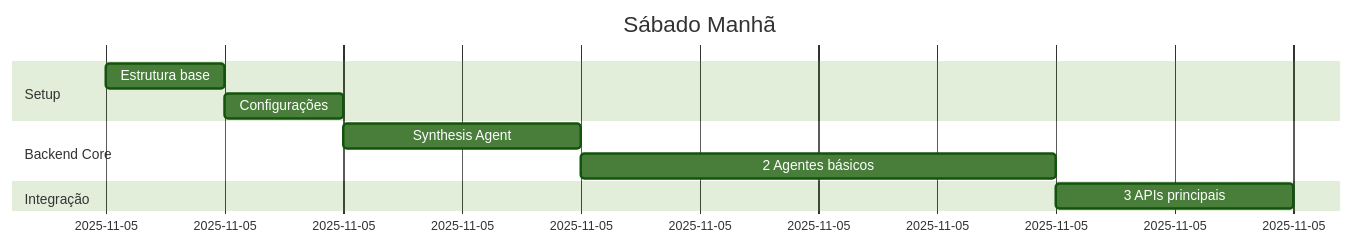
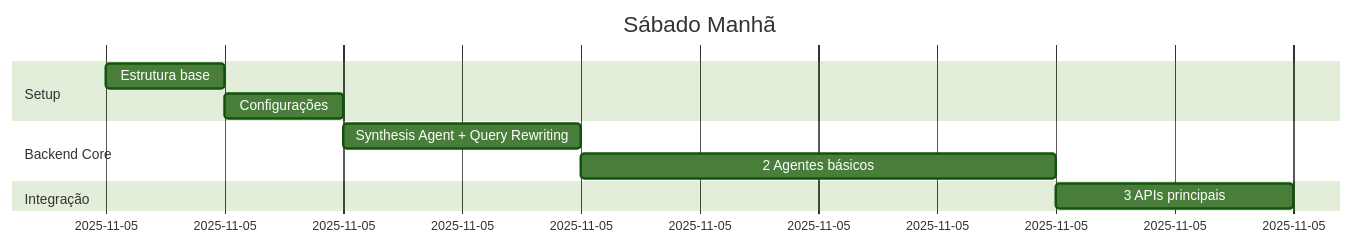
Before and after one commit to GuiiCorreia/Bootcamp_Akcit: the third of 6 diagrams in README.md, drawn with Mermaid (forest theme). The commit also changed other lines of this file, not shown here.

Commit message:
add new paper_research_agent and gemini-2.5-flash-lite model

````diff
--- a/README.md
+++ b/README.md
@@ -259,13 +399,13 @@
 ```mermaid
 gantt
     title Sábado Manhã
     dateFormat HH:mm
     section Setup
     Estrutura base      :08:00, 30m
     Configurações       :08:30, 30m
     section Backend Core
-    Synthesis Agent     :09:00, 1h
+    Synthesis Agent + Query Rewriting :09:00, 1h
     2 Agentes básicos   :10:00, 2h
     section Integração
     3 APIs principais   :12:00, 1h
 ```
````
